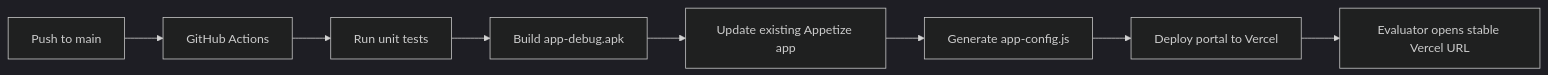
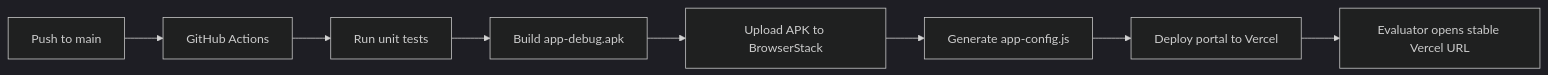
One commit to Jagadeesh11200/Spotify-Prototype changed the second of 2 diagrams in DEPLOYMENT.md. Above: the diagram before and after it, drawn with Mermaid (dark theme). The commit also changed other lines of this file and 5 other files, not shown here.

````diff
--- a/DEPLOYMENT.md
+++ b/DEPLOYMENT.md
@@ -108,10 +109,10 @@
 ```mermaid
 flowchart LR
   Push["Push to main"] --> Actions["GitHub Actions"]
   Actions --> Tests["Run unit tests"]
   Tests --> Apk["Build app-debug.apk"]
-  Apk --> Appetize["Update existing Appetize app"]
-  Appetize --> Config["Generate app-config.js"]
+  Apk --> BrowserStack["Upload APK to BrowserStack"]
+  BrowserStack --> Config["Generate app-config.js"]
   Config --> Vercel["Deploy portal to Vercel"]
   Vercel --> Evaluator["Evaluator opens stable Vercel URL"]
 ```
````
